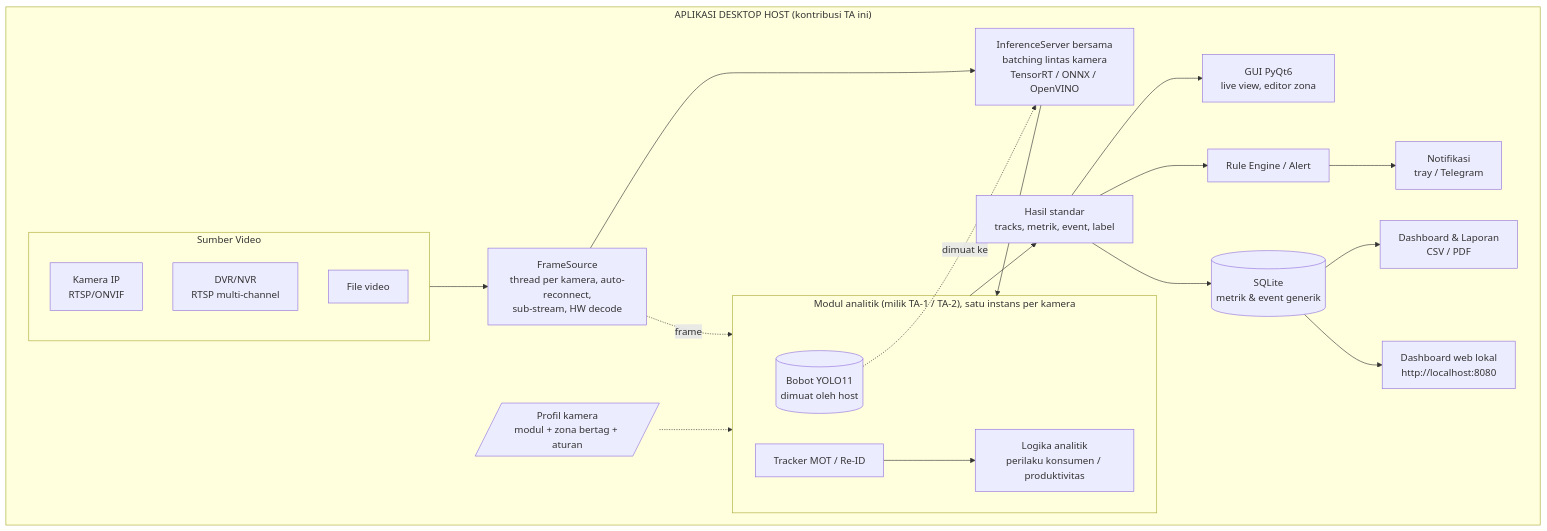
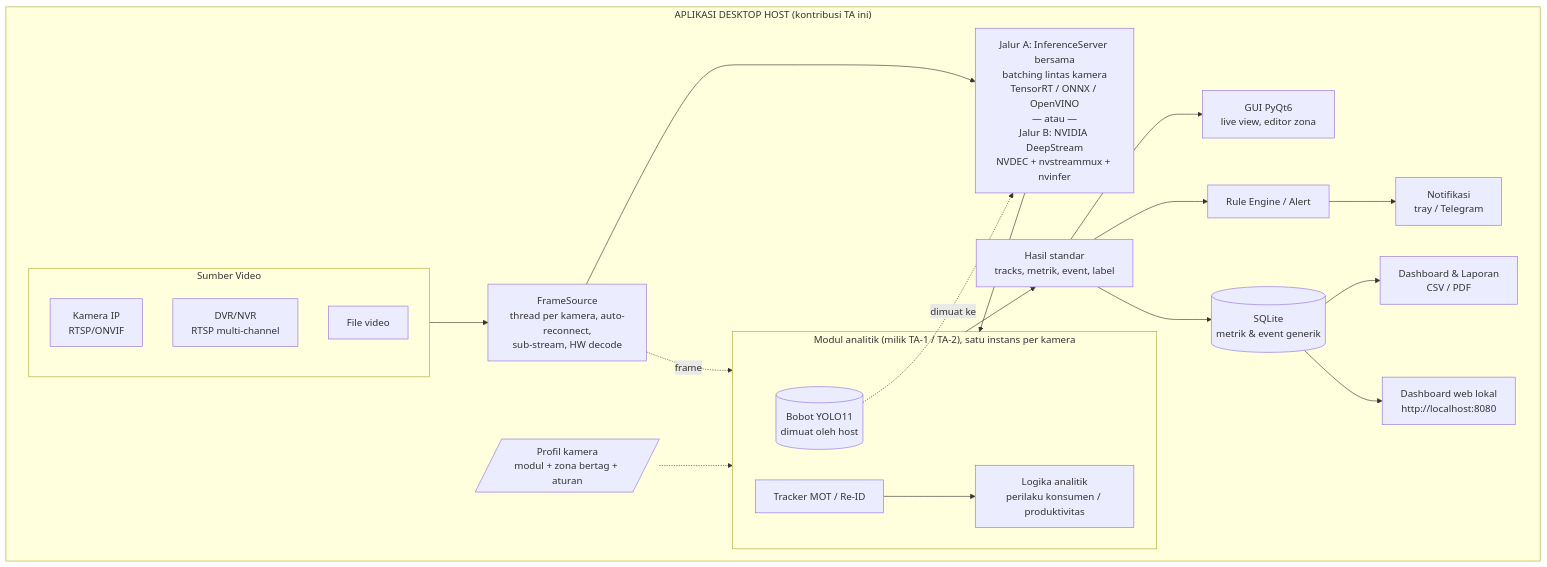
One commit to Nadhifbasyara/Aplikasi_AIO_CCTV changed the second of 2 diagrams in docs/fase/00-ROADMAP.md. Above: the diagram before and after it, drawn with Mermaid. The commit also changed other lines of this file and 29 other files, not shown here.

````diff
--- a/docs/fase/00-ROADMAP.md
+++ b/docs/fase/00-ROADMAP.md
@@ -109,29 +118,29 @@
 ```mermaid
 flowchart TB
     subgraph APP["APLIKASI DESKTOP HOST (kontribusi TA ini)"]
         subgraph SRC["Sumber Video"]
             S1[Kamera IP<br/>RTSP/ONVIF]
             S2[DVR/NVR<br/>RTSP multi-channel]
             S3[File video]
         end
         SRC --> ING[FrameSource<br/>thread per kamera, auto-reconnect,<br/>sub-stream, HW decode]
-        ING --> INF[InferenceServer bersama<br/>batching lintas kamera<br/>TensorRT / ONNX / OpenVINO]
+        ING --> INF[Jalur A: InferenceServer bersama<br/>batching lintas kamera<br/>TensorRT / ONNX / OpenVINO<br/>— atau —<br/>Jalur B: NVIDIA DeepStream<br/>NVDEC + nvstreammux + nvinfer]
         INF --> MOD
         ING -. frame .-> MOD
         PROF[/Profil kamera<br/>modul + zona bertag + aturan/] -.-> MOD
         MOD --> RES[Hasil standar<br/>tracks, metrik, event, label]
         RES --> UI[GUI PyQt6<br/>live view, editor zona]
         RES --> RULE[Rule Engine / Alert]
         RES --> DB[(SQLite<br/>metrik & event generik)]
         DB --> DASH[Dashboard & Laporan<br/>CSV / PDF]
         DB --> WEB[Dashboard web lokal<br/>http://localhost:8080]
         RULE --> NOTIF[Notifikasi<br/>tray / Telegram]
     end
     subgraph MOD["Modul analitik (milik TA-1 / TA-2), satu instans per kamera"]
         W[(Bobot YOLO11<br/>dimuat oleh host)]
         TRK[Tracker MOT / Re-ID]
         ANA[Logika analitik<br/>perilaku konsumen / produktivitas]
         TRK --> ANA
     end
     W -.dimuat ke.-> INF
 ```
````
